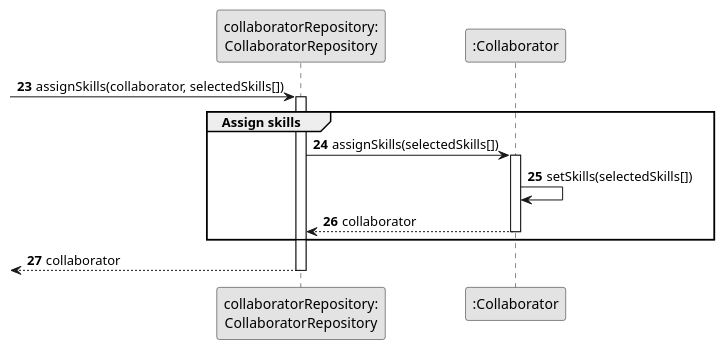
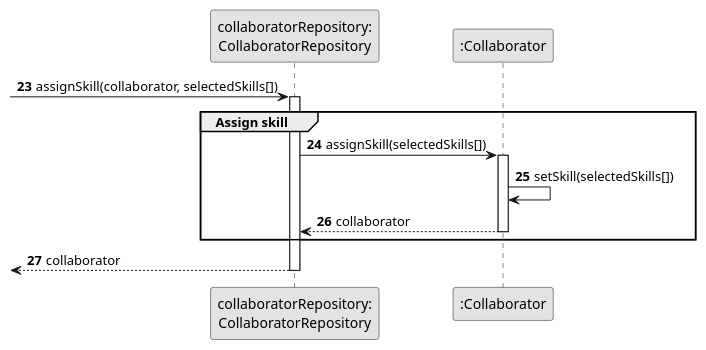
One commit to ricardomm7/leaflink changed the diagram in docs/sprintB/us004/03.design/puml/us004-sequence-diagram-partial-assign-skill.puml. Above: the diagram before and after it, drawn with PlantUML. The commit also changed 10 other files, not shown here.

```diff
--- a/docs/sprintB/us004/03.design/puml/us004-sequence-diagram-partial-assign-skill.puml
+++ b/docs/sprintB/us004/03.design/puml/us004-sequence-diagram-partial-assign-skill.puml
@@ -1,23 +1,23 @@
 @startuml
 skinparam monochrome true
 skinparam packageStyle rectangle
 skinparam shadowing false
 
 autonumber 23
 
 participant "collaboratorRepository:\nCollaboratorRepository" as CLBREP
 participant ":Collaborator" as CLB
 
--> CLBREP : assignSkills(collaborator, selectedSkills[])
+-> CLBREP : assignSkill(collaborator, selectedSkills[])
 activate CLBREP
-group Assign skills
-CLBREP -> CLB : assignSkills(selectedSkills[])
+group Assign skill
+CLBREP -> CLB : assignSkill(selectedSkills[])
 activate CLB
-CLB -> CLB : setSkills(selectedSkills[])
+CLB -> CLB : setSkill(selectedSkills[])
 CLB --> CLBREP : collaborator
 deactivate CLB
 end
 <-- CLBREP : collaborator
 deactivate CLBREP
 
 @enduml
```
